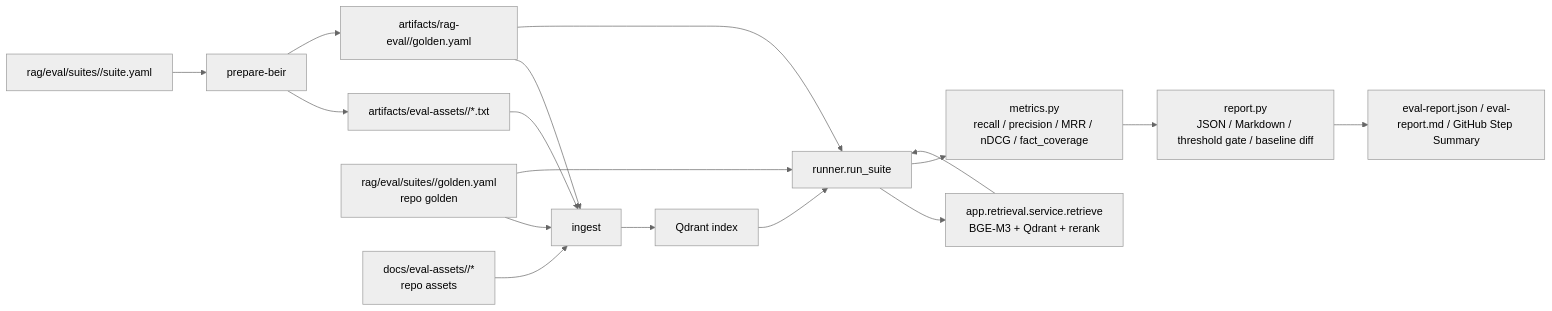
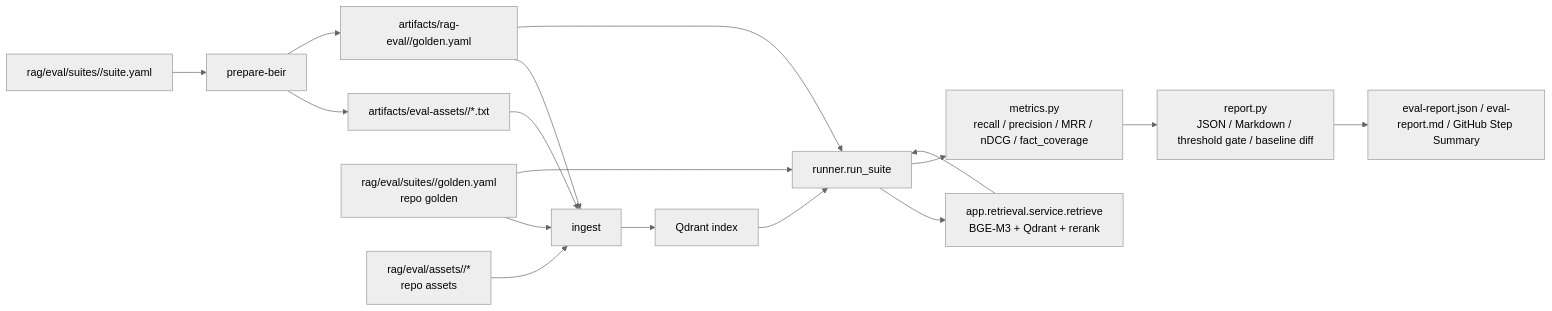
Before and after one commit to li798044887/a-rag: the diagram in docs/notes/rag-eval-harness.md, drawn with Mermaid (neutral theme). The commit also changed other lines of this file and 12 other files, not shown here.

````diff
--- a/docs/notes/rag-eval-harness.md
+++ b/docs/notes/rag-eval-harness.md
@@ -18,19 +18,19 @@
 ```mermaid
 flowchart LR
   SC["rag/eval/suites/<suite>/suite.yaml"] --> PB["prepare-beir"]
   PB --> BA["artifacts/eval-assets/<suite>/*.txt"]
   PB --> BG["artifacts/rag-eval/<suite>/golden.yaml"]
   RG["rag/eval/suites/<suite>/golden.yaml<br>repo golden"] --> IN
-  RA["docs/eval-assets/<suite>/*<br>repo assets"] --> IN
+  RA["rag/eval/assets/<suite>/*<br>repo assets"] --> IN
   BA --> IN["ingest"]
   BG --> IN
   IN --> Q["Qdrant index"]
   BG --> RUN["runner.run_suite"]
   RG --> RUN
   Q --> RUN
   RUN --> RS["app.retrieval.service.retrieve<br>BGE-M3 + Qdrant + rerank"]
   RS --> RUN
   RUN --> M["metrics.py<br>recall / precision / MRR / nDCG / fact_coverage"]
   M --> RP["report.py<br>JSON / Markdown / threshold gate / baseline diff"]
   RP --> OUT["eval-report.json / eval-report.md / GitHub Step Summary"]
 ```
````
